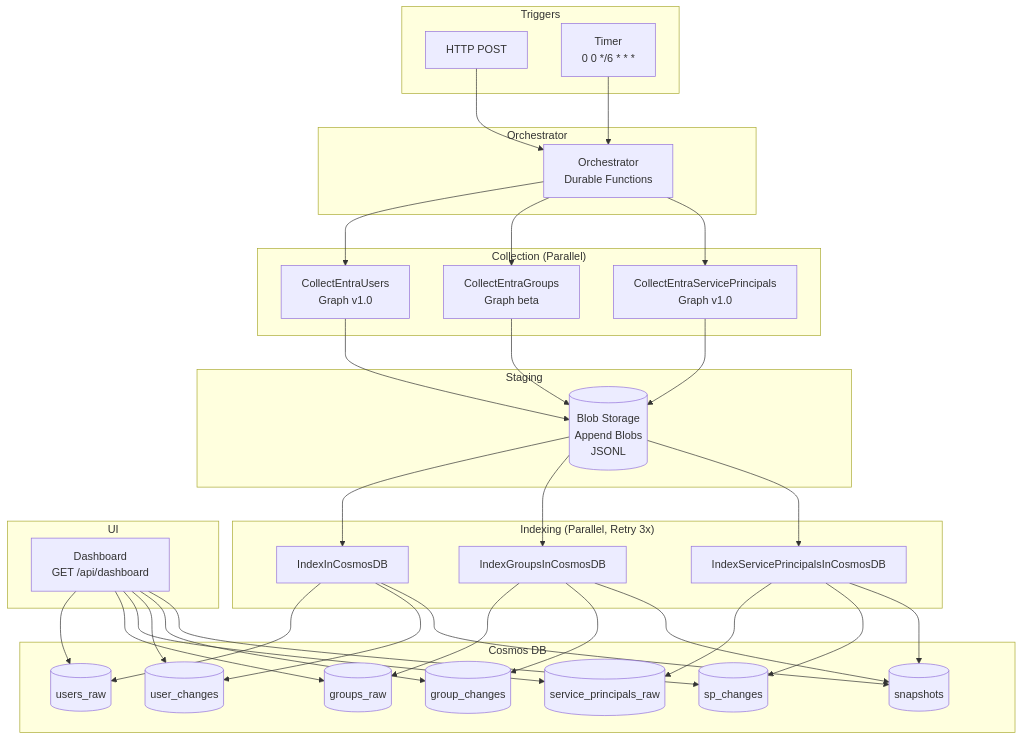
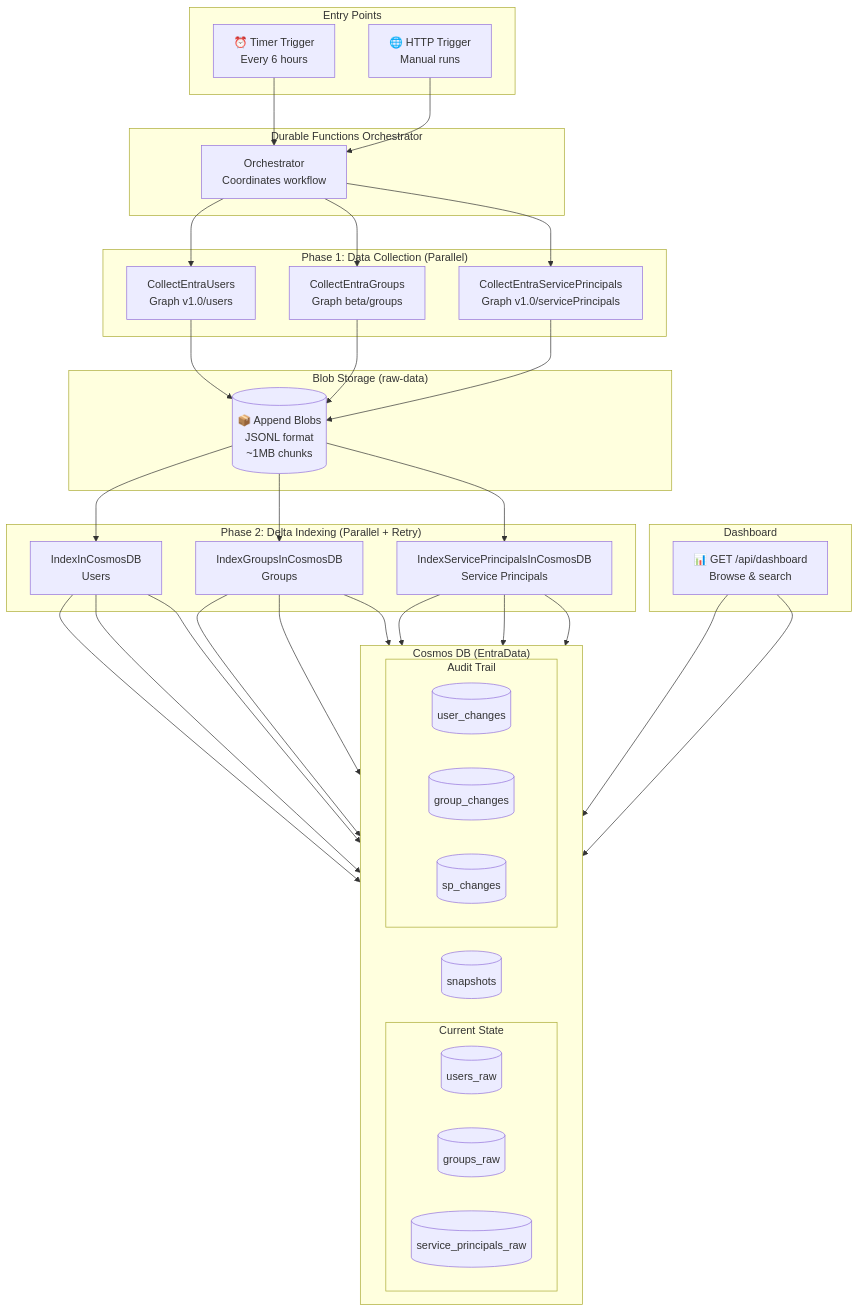
One commit to gromedev/EntraAndAzureRisk changed the first of 3 diagrams in README.md. Above: the diagram before and after it, drawn with Mermaid. The commit also changed other lines of this file and 5 other files, not shown here.

````diff
--- a/README.md
+++ b/README.md
@@ -9,50 +17,55 @@
 ```mermaid
 flowchart TB
-    subgraph Triggers
-        HTTP[HTTP POST]
-        Timer[Timer<br/>0 0 */6 * * *]
+    subgraph Triggers["Entry Points"]
+        Timer["⏰ Timer Trigger<br/>Every 6 hours"]
+        HTTP["🌐 HTTP Trigger<br/>Manual runs"]
     end
 
-    subgraph Orchestrator
-        Orch[Orchestrator<br/>Durable Functions]
+    subgraph Orchestrator["Durable Functions Orchestrator"]
+        Orch["Orchestrator<br/>Coordinates workflow"]
     end
 
-    subgraph Collection["Collection (Parallel)"]
-        CU[CollectEntraUsers<br/>Graph v1.0]
-        CG[CollectEntraGroups<br/>Graph beta]
-        CSP[CollectEntraServicePrincipals<br/>Graph v1.0]
+    subgraph Collection["Phase 1: Data Collection (Parallel)"]
+        CU["CollectEntraUsers<br/>Graph v1.0/users"]
+        CG["CollectEntraGroups<br/>Graph beta/groups"]
+        CSP["CollectEntraServicePrincipals<br/>Graph v1.0/servicePrincipals"]
     end
 
-    subgraph Staging
-        Blob[(Blob Storage<br/>Append Blobs<br/>JSONL)]
+    subgraph Staging["Blob Storage (raw-data)"]
+        Blob[("📦 Append Blobs<br/>JSONL format<br/>~1MB chunks")]
     end
 
-    subgraph Indexing["Indexing (Parallel, Retry 3x)"]
-        IU[IndexInCosmosDB]
-        IG[IndexGroupsInCosmosDB]
-        ISP[IndexServicePrincipalsInCosmosDB]
+    subgraph Indexing["Phase 2: Delta Indexing (Parallel + Retry)"]
+        IU["IndexInCosmosDB<br/>Users"]
+        IG["IndexGroupsInCosmosDB<br/>Groups"]
+        ISP["IndexServicePrincipalsInCosmosDB<br/>Service Principals"]
     end
 
-    subgraph Cosmos["Cosmos DB"]
-        UR[(users_raw)]
-        UC[(user_changes)]
-        GR[(groups_raw)]
-        GC[(group_changes)]
-        SR[(service_principals_raw)]
-        SC[(sp_changes)]
-        SN[(snapshots)]
+    subgraph Cosmos["Cosmos DB (EntraData)"]
+        direction LR
+        subgraph Raw["Current State"]
+            UR[("users_raw")]
+            GR[("groups_raw")]
+            SR[("service_principals_raw")]
+        end
+        subgraph Changes["Audit Trail"]
+            UC[("user_changes")]
+            GC[("group_changes")]
+            SC[("sp_changes")]
+        end
+        SN[("snapshots")]
     end
 
-    subgraph UI
-        Dash[Dashboard<br/>GET /api/dashboard]
+    subgraph UI["Dashboard"]
+        Dash["📊 GET /api/dashboard<br/>Browse & search"]
     end
 
-    HTTP & Timer --> Orch
+    Timer & HTTP --> Orch
     Orch --> CU & CG & CSP
     CU & CG & CSP --> Blob
     Blob --> IU & IG & ISP
     IU --> UR & UC & SN
     IG --> GR & GC & SN
     ISP --> SR & SC & SN
-    Dash --> UR & GR & SR & UC & GC & SC
+    Dash --> Raw & Changes
 ```
````
